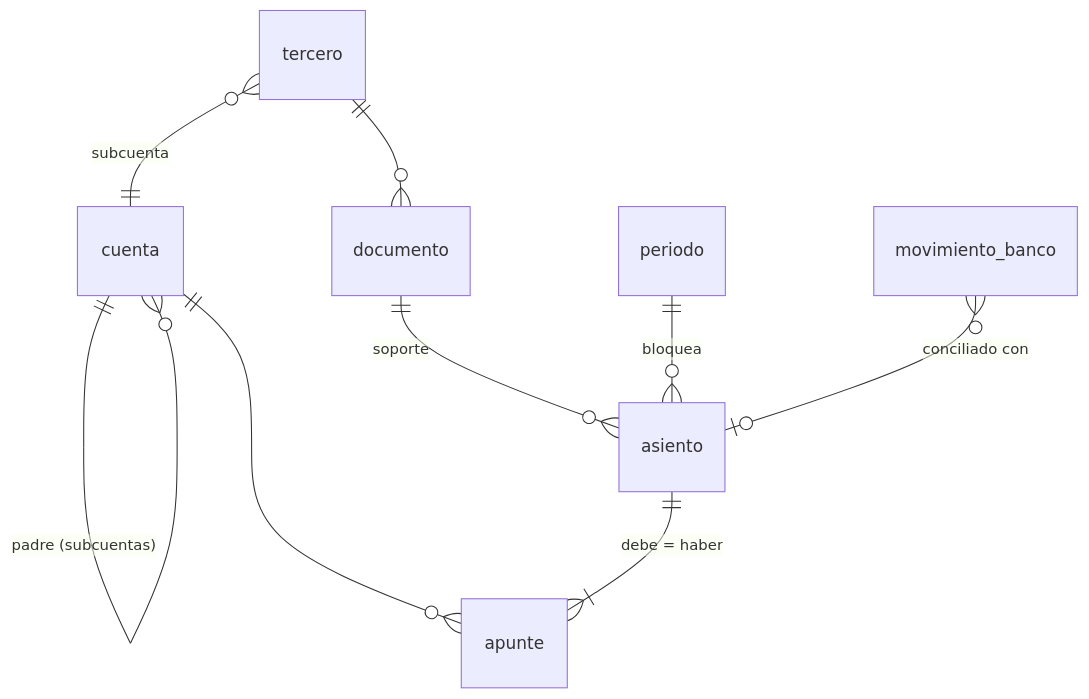
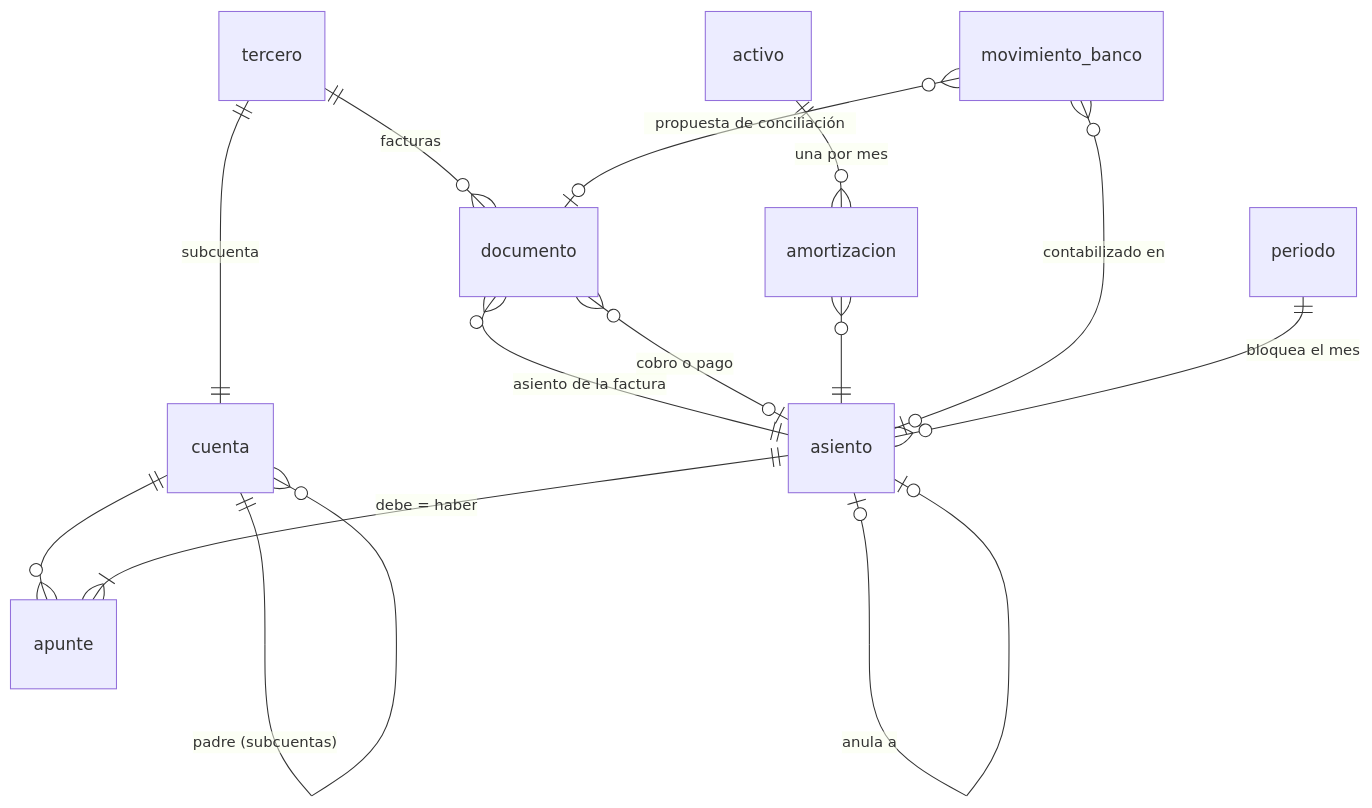
One commit to reck05/cuentas-claras changed the diagram in docs/05-arquitectura-y-roadmap.md. Above: the diagram before and after it, drawn with Mermaid. The commit also changed other lines of this file and 19 other files, not shown here.

````diff
--- a/docs/05-arquitectura-y-roadmap.md
+++ b/docs/05-arquitectura-y-roadmap.md
@@ -30,11 +32,16 @@
 ```mermaid
 erDiagram
     cuenta ||--o{ cuenta : "padre (subcuentas)"
     cuenta ||--o{ apunte : ""
-    tercero }o--|| cuenta : "subcuenta"
-    tercero ||--o{ documento : ""
-    documento ||--o{ asiento : "soporte"
     asiento ||--|{ apunte : "debe = haber"
-    periodo ||--o{ asiento : "bloquea"
-    movimiento_banco }o--o| asiento : "conciliado con"
+    asiento |o--o| asiento : "anula a"
+    tercero ||--|| cuenta : "subcuenta"
+    tercero ||--o{ documento : "facturas"
+    documento }o--|| asiento : "asiento de la factura"
+    documento }o--o| asiento : "cobro o pago"
+    activo ||--o{ amortizacion : "una por mes"
+    amortizacion }o--|| asiento : ""
+    movimiento_banco }o--o| asiento : "contabilizado en"
+    movimiento_banco }o--o| documento : "propuesta de conciliación"
+    periodo ||--o{ asiento : "bloquea el mes"
 ```
````
